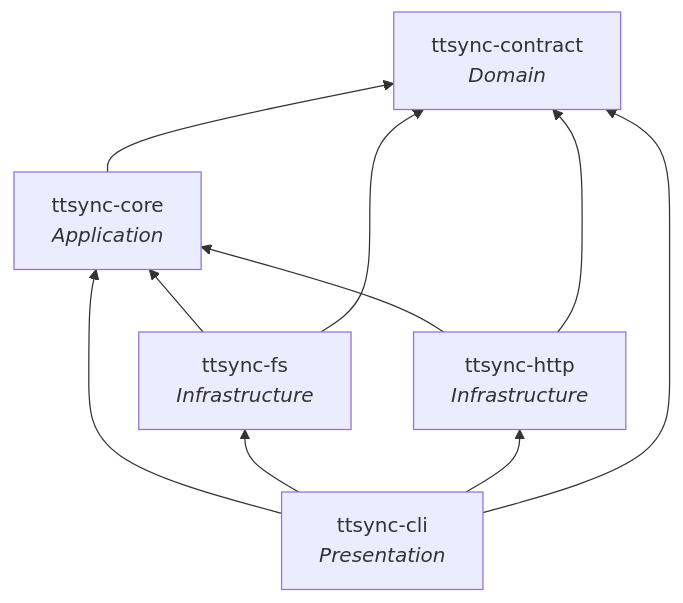
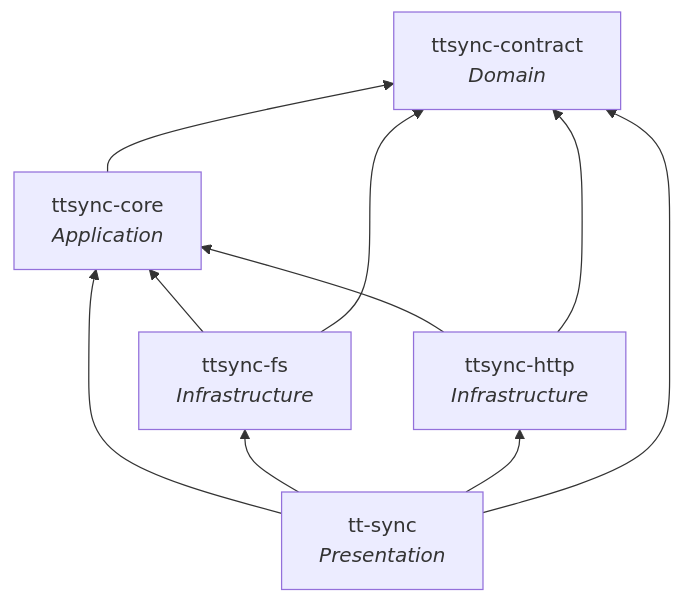
One commit to Darkatse/TT-Sync changed the first of 4 diagrams in docs/Architecture.md. Above: the diagram before and after it, drawn with Mermaid. The commit also changed other lines of this file and 11 other files, not shown here.

````diff
--- a/docs/Architecture.md
+++ b/docs/Architecture.md
@@ -26,18 +26,18 @@
 ```mermaid
 graph BT
     contract["ttsync-contract<br/><i>Domain</i>"]
     core["ttsync-core<br/><i>Application</i>"]
     fs["ttsync-fs<br/><i>Infrastructure</i>"]
     http["ttsync-http<br/><i>Infrastructure</i>"]
-    cli["ttsync-cli<br/><i>Presentation</i>"]
+    cli["tt-sync<br/><i>Presentation</i>"]
 
     core --> contract
     fs --> core
     fs --> contract
     http --> core
     http --> contract
     cli --> core
     cli --> fs
     cli --> http
     cli --> contract
 ```
````
